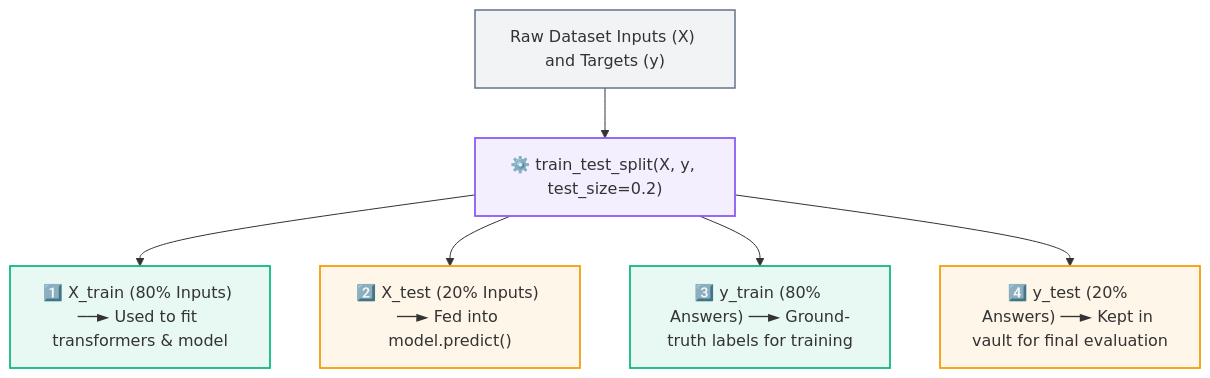
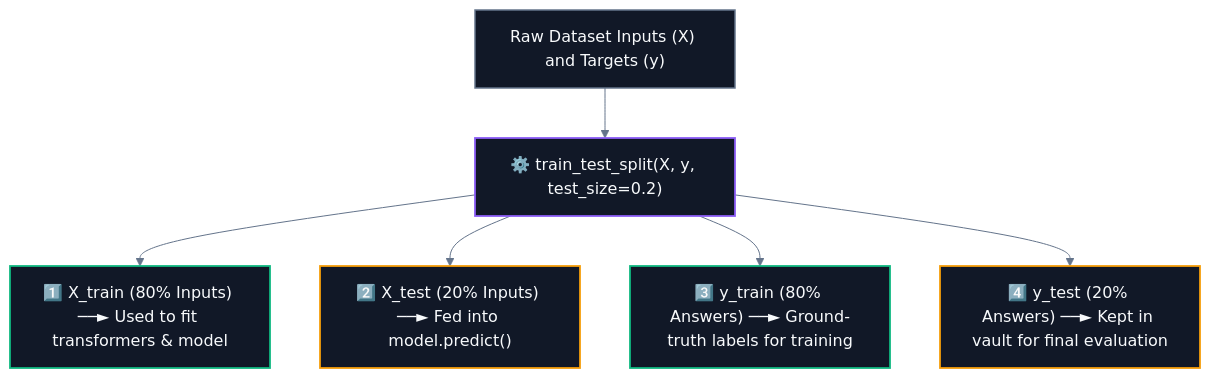
The third of 4 diagrams in CS/AI & ML/01. Classical ML/04. Train-Test Split and Generalization.md (abhinavbharti2345/CS_Notes), drawn with Mermaid before and after one commit. The commit also changed other lines of this file and 195 other files, not shown here.

````diff
--- a/CS/AI & ML/01. Classical ML/04. Train-Test Split and Generalization.md
+++ b/CS/AI & ML/01. Classical ML/04. Train-Test Split and Generalization.md
@@ -146,19 +148,20 @@
 ```mermaid
+%%{init: {'theme': 'base', 'themeVariables': { 'darkMode': true, 'background': '#0B0F14', 'mainBkg': '#111827', 'primaryColor': '#111827', 'primaryTextColor': '#F8FAFC', 'primaryBorderColor': '#38BDF8', 'lineColor': '#64748B', 'secondaryColor': '#0B0F14', 'tertiaryColor': '#0B0F14', 'clusterBkg': '#0B0F14', 'clusterBorder': '#38BDF8' }}}%%
 flowchart TD
     Raw["Raw Dataset Inputs (X) and Targets (y)"] --> Split["⚙️ train_test_split(X, y, test_size=0.2)"]
     
     Split --> XTr["1️⃣ X_train (80% Inputs) ──► Used to fit transformers & model"]
     Split --> XTe["2️⃣ X_test (20% Inputs) ──► Fed into model.predict()"]
     Split --> YTr["3️⃣ y_train (80% Answers) ──► Ground-truth labels for training"]
     Split --> YTe["4️⃣ y_test (20% Answers) ──► Kept in vault for final evaluation"]
 
-    classDef raw fill:#64748b15,stroke:#64748b,stroke-width:1.5px;
-    classDef split fill:#8b5cf618,stroke:#8b5cf6,stroke-width:1.8px;
-    classDef train fill:#10b98118,stroke:#10b981,stroke-width:1.8px;
-    classDef test fill:#f59e0b18,stroke:#f59e0b,stroke-width:1.8px;
+    classDef raw fill:#111827,stroke:#64748b,stroke-width:1.5px,color:#F8FAFC;
+    classDef split fill:#111827,stroke:#8b5cf6,stroke-width:1.8px,color:#F8FAFC;
+    classDef train fill:#111827,stroke:#10b981,stroke-width:1.8px,color:#F8FAFC;
+    classDef test fill:#111827,stroke:#f59e0b,stroke-width:1.8px,color:#F8FAFC;
 
     class Raw raw;
     class Split split;
     class XTr,YTr train;
     class XTe,YTe test;
 ```
````
